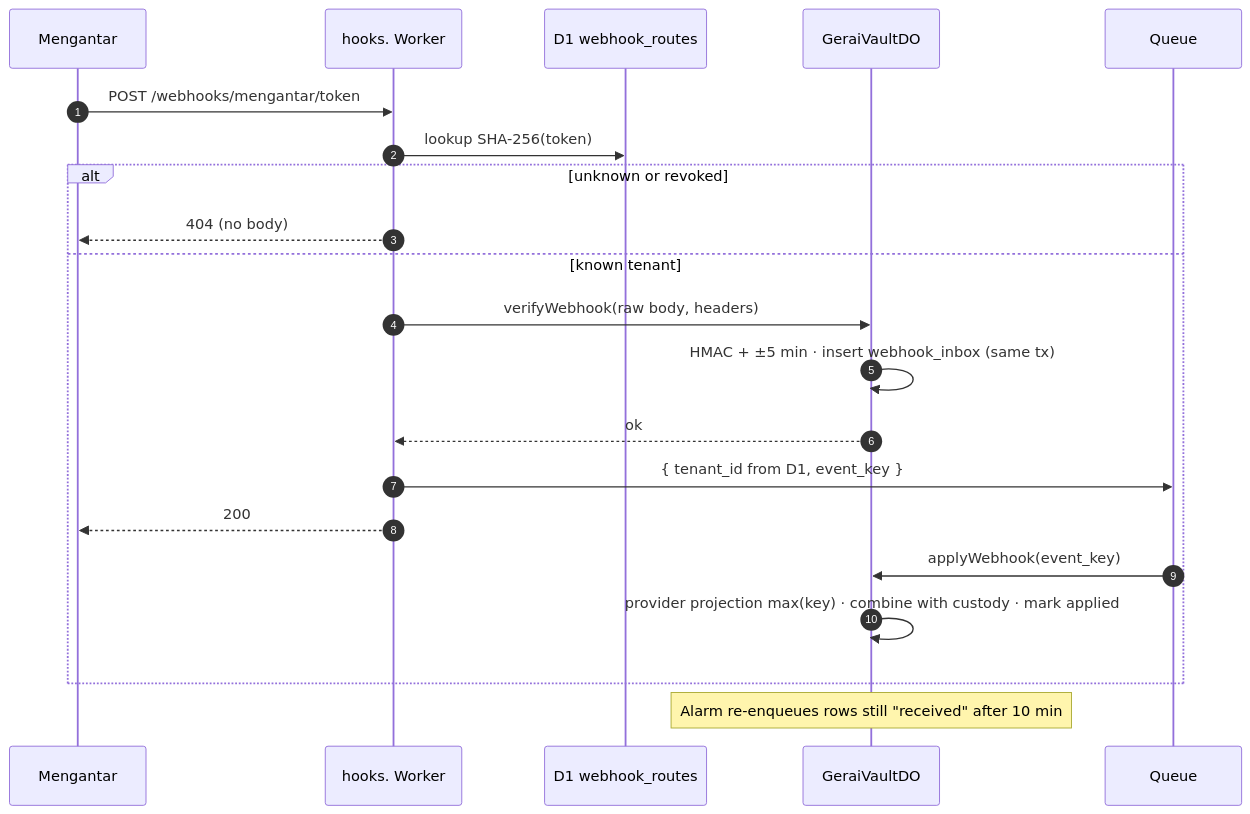
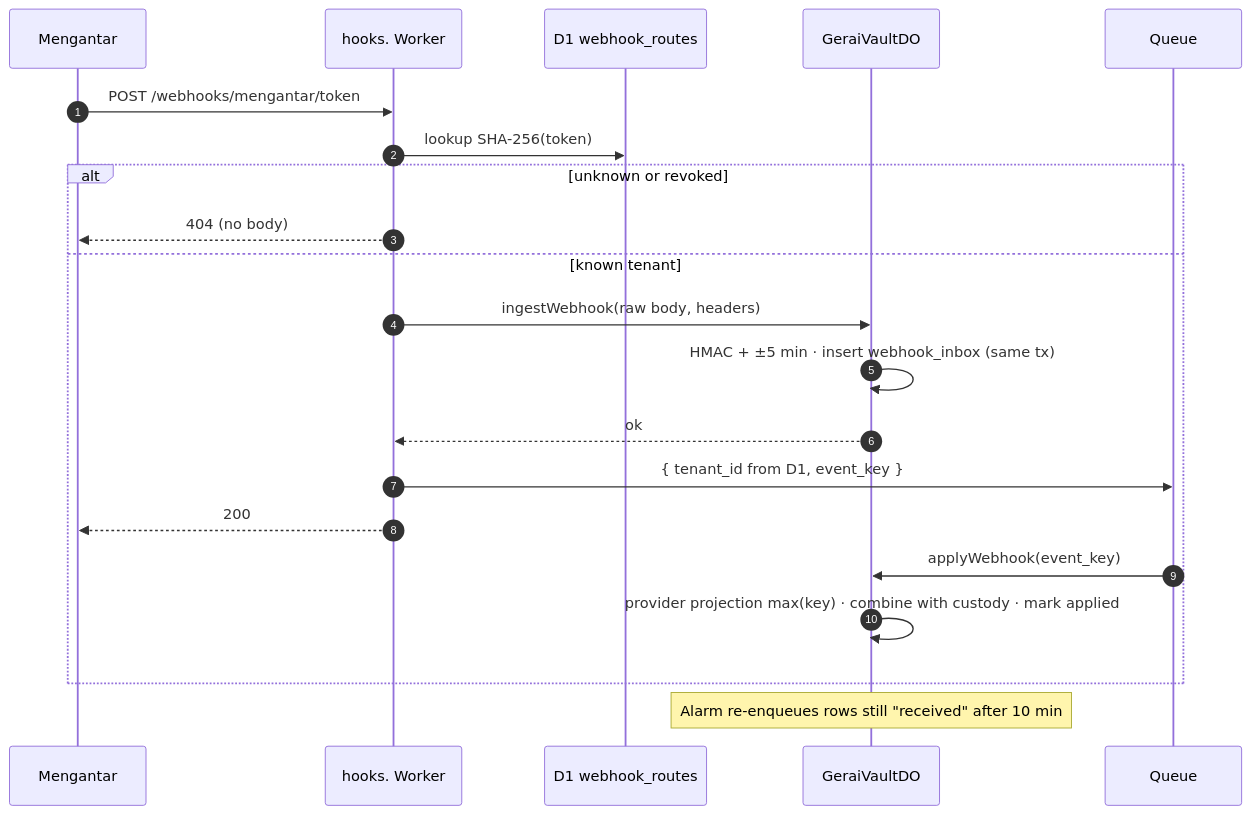
One commit to ongkipro/geraiexpress-cfv2 changed the seventh of 14 diagrams in docs/DIAGRAMS.md. Above: the diagram before and after it, drawn with Mermaid. The commit also changed other lines of this file and 45 other files, not shown here.

````diff
--- a/docs/DIAGRAMS.md
+++ b/docs/DIAGRAMS.md
@@ -390,23 +387,23 @@
 ```mermaid
 sequenceDiagram
     autonumber
     participant M as Mengantar
     participant H as hooks. Worker
     participant D as D1 webhook_routes
     participant V as GeraiVaultDO
     participant Q as Queue
     M->>H: POST /webhooks/mengantar/token
     H->>D: lookup SHA-256(token)
     alt unknown or revoked
         H-->>M: 404 (no body)
     else known tenant
-        H->>V: verifyWebhook(raw body, headers)
+        H->>V: ingestWebhook(raw body, headers)
         V->>V: HMAC + ±5 min · insert webhook_inbox (same tx)
         V-->>H: ok
         H->>Q: { tenant_id from D1, event_key }
         H-->>M: 200
         Q->>V: applyWebhook(event_key)
         V->>V: provider projection max(key) · combine with custody · mark applied
     end
     Note over V: Alarm re-enqueues rows still "received" after 10 min
 ```
````
